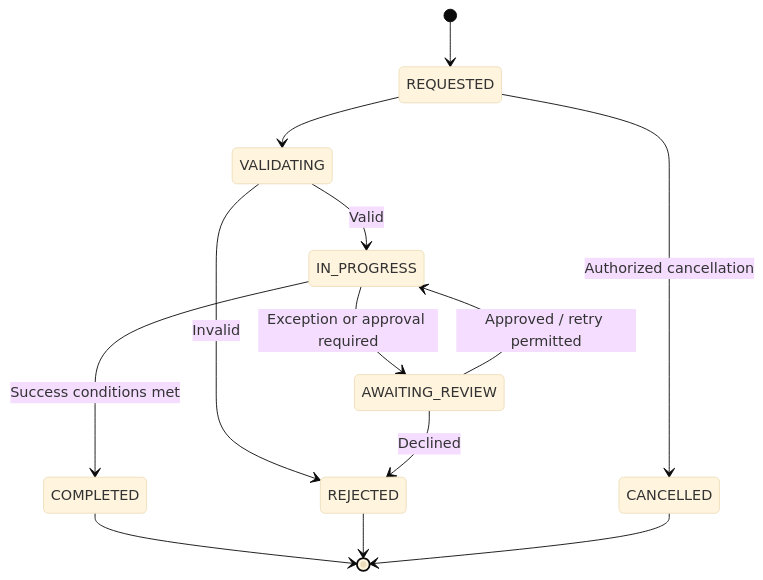
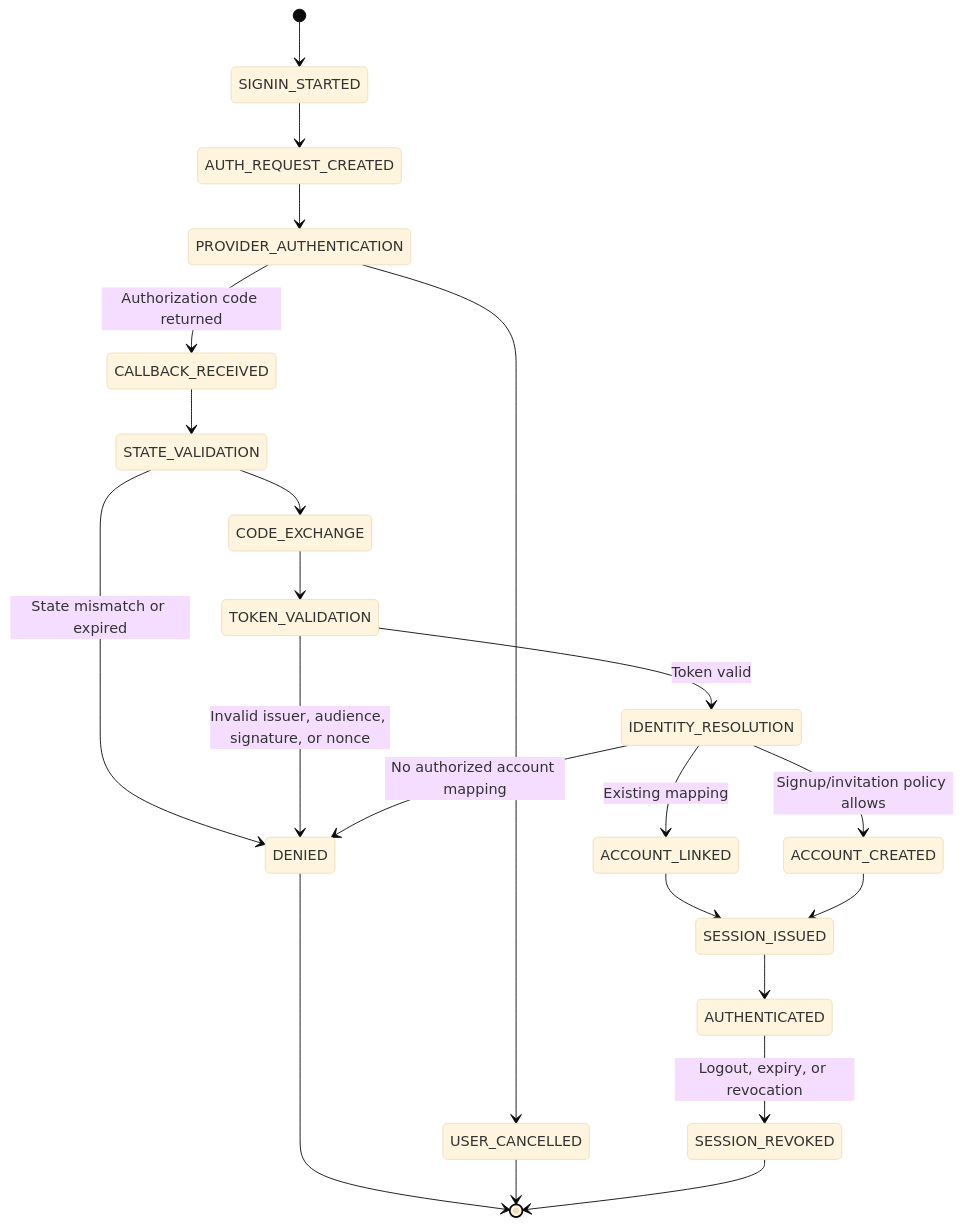
One commit to reviveproject4-source/visual-business-flows changed the third of 3 diagrams in 05-system-integrations/oauth-google-login-flow.md. Above: the diagram before and after it, drawn with Mermaid (base theme). The commit also changed other lines of this file and 14 other files, not shown here.

First line of the commit message:
Align workflow diagrams with business rules and exceptions

````diff
--- a/05-system-integrations/oauth-google-login-flow.md
+++ b/05-system-integrations/oauth-google-login-flow.md
@@ -137,15 +149,24 @@
 ```mermaid
 stateDiagram-v2
-    [*] --> REQUESTED
-    REQUESTED --> VALIDATING
-    VALIDATING --> IN_PROGRESS: Valid
-    VALIDATING --> REJECTED: Invalid
-    IN_PROGRESS --> AWAITING_REVIEW: Exception or approval required
-    AWAITING_REVIEW --> IN_PROGRESS: Approved / retry permitted
-    AWAITING_REVIEW --> REJECTED: Declined
-    IN_PROGRESS --> COMPLETED: Success conditions met
-    REQUESTED --> CANCELLED: Authorized cancellation
-    COMPLETED --> [*]
-    REJECTED --> [*]
-    CANCELLED --> [*]
+    [*] --> SIGNIN_STARTED
+    SIGNIN_STARTED --> AUTH_REQUEST_CREATED
+    AUTH_REQUEST_CREATED --> PROVIDER_AUTHENTICATION
+    PROVIDER_AUTHENTICATION --> CALLBACK_RECEIVED: Authorization code returned
+    PROVIDER_AUTHENTICATION --> USER_CANCELLED
+    CALLBACK_RECEIVED --> STATE_VALIDATION
+    STATE_VALIDATION --> DENIED: State mismatch or expired
+    STATE_VALIDATION --> CODE_EXCHANGE
+    CODE_EXCHANGE --> TOKEN_VALIDATION
+    TOKEN_VALIDATION --> DENIED: Invalid issuer, audience, signature, or nonce
+    TOKEN_VALIDATION --> IDENTITY_RESOLUTION: Token valid
+    IDENTITY_RESOLUTION --> ACCOUNT_LINKED: Existing mapping
+    IDENTITY_RESOLUTION --> ACCOUNT_CREATED: Signup/invitation policy allows
+    IDENTITY_RESOLUTION --> DENIED: No authorized account mapping
+    ACCOUNT_LINKED --> SESSION_ISSUED
+    ACCOUNT_CREATED --> SESSION_ISSUED
+    SESSION_ISSUED --> AUTHENTICATED
+    AUTHENTICATED --> SESSION_REVOKED: Logout, expiry, or revocation
+    DENIED --> [*]
+    USER_CANCELLED --> [*]
+    SESSION_REVOKED --> [*]
 ```
````
